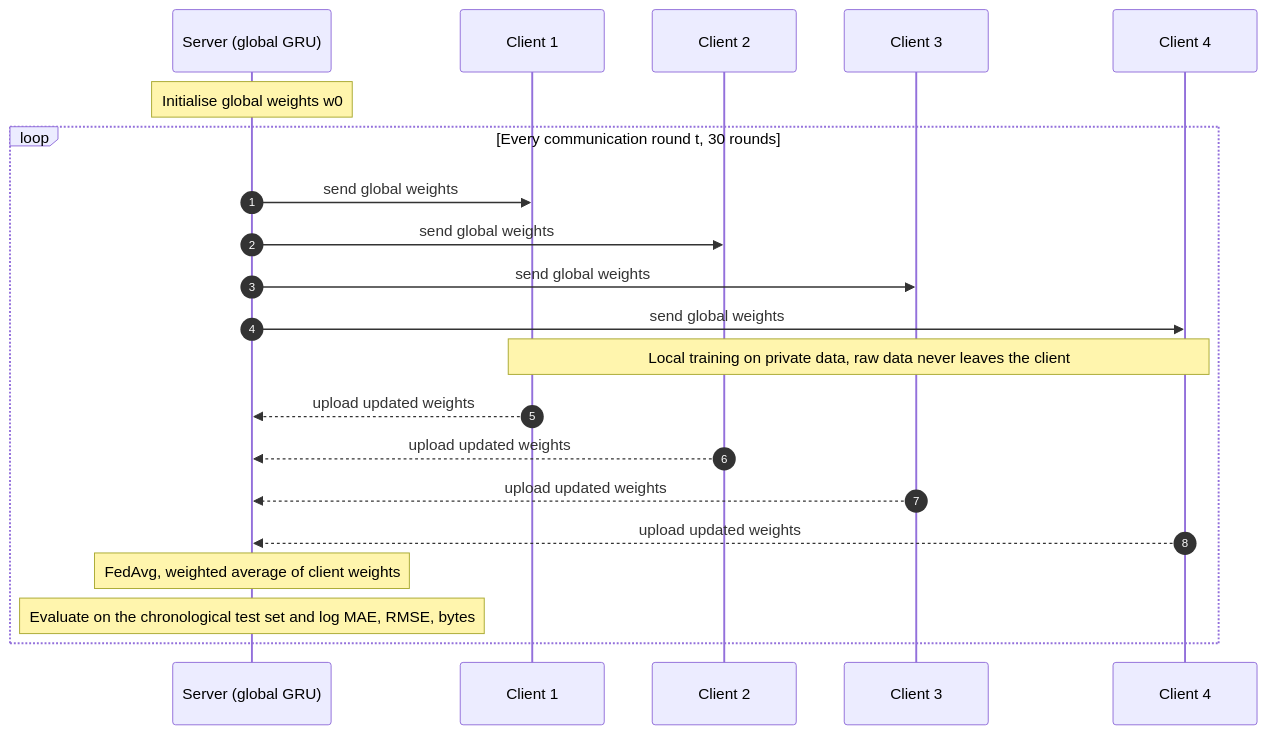
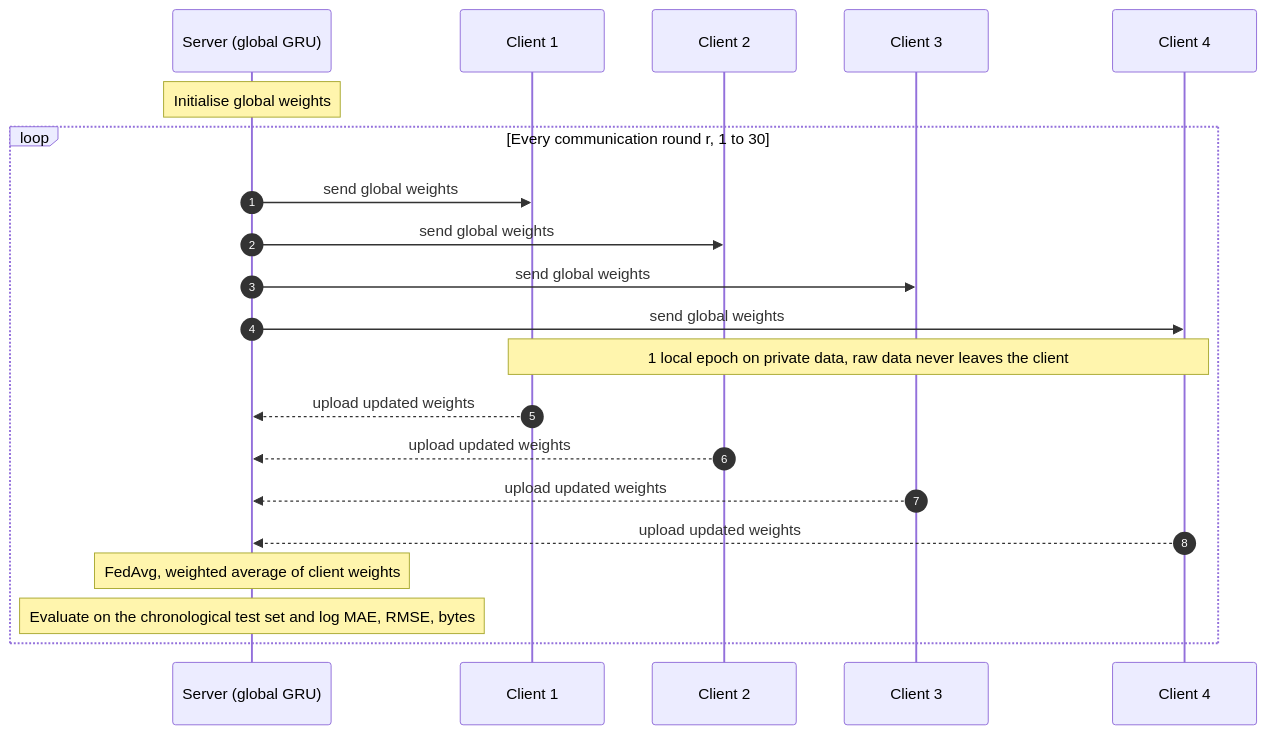
The third of 3 diagrams in README.md (aiori-hackathon/A3-PS003-TC008), drawn with Mermaid before and after one commit. The commit also changed other lines of this file, not shown here.

````diff
--- a/README.md
+++ b/README.md
@@ -106,24 +144,24 @@
 ```mermaid
 sequenceDiagram
     autonumber
     participant S as Server (global GRU)
     participant C1 as Client 1
     participant C2 as Client 2
     participant C3 as Client 3
     participant C4 as Client 4
- 
-    Note over S: Initialise global weights w0
-    loop Every communication round t, 30 rounds
+
+    Note over S: Initialise global weights
+    loop Every communication round r, 1 to 30
         S->>C1: send global weights
         S->>C2: send global weights
         S->>C3: send global weights
         S->>C4: send global weights
-        Note over C1,C4: Local training on private data, raw data never leaves the client
+        Note over C1,C4: 1 local epoch on private data, raw data never leaves the client
         C1-->>S: upload updated weights
         C2-->>S: upload updated weights
         C3-->>S: upload updated weights
         C4-->>S: upload updated weights
         Note over S: FedAvg, weighted average of client weights
         Note over S: Evaluate on the chronological test set and log MAE, RMSE, bytes
     end
 ```
````
